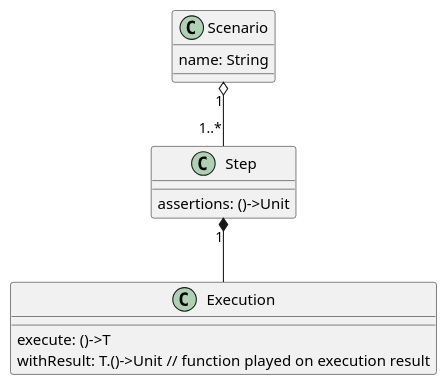
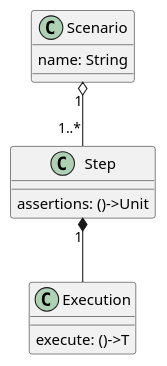
The diagram in doc/diag/model.puml (lemfi/kest), drawn with PlantUML before and after one commit. The commit also changed 30 other files, not shown here.

Commit message:
a step returns a function to resolve result

```diff
--- a/doc/diag/model.puml
+++ b/doc/diag/model.puml
@@ -1,13 +1,12 @@
 @startuml
 
 Scenario "1" o-- "1..*" Step
 
 Step  "1" *-- Execution
 
 Scenario : name: String
 Step : assertions: ()->Unit
 
 Execution : execute: ()->T
-Execution : withResult: T.()->Unit // function played on execution result
 
 @enduml
```
